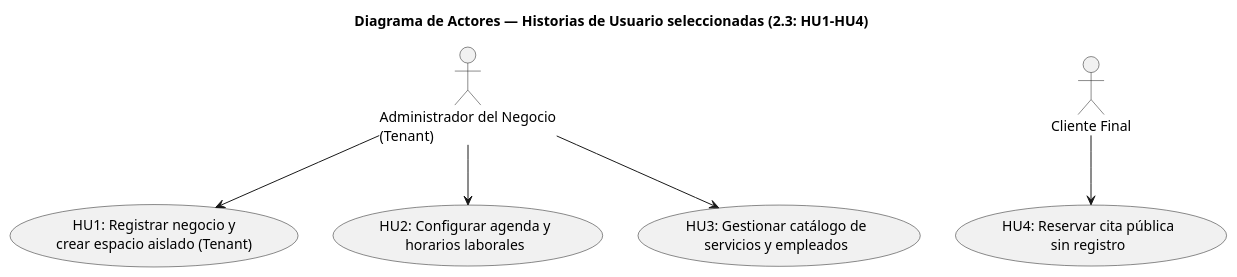
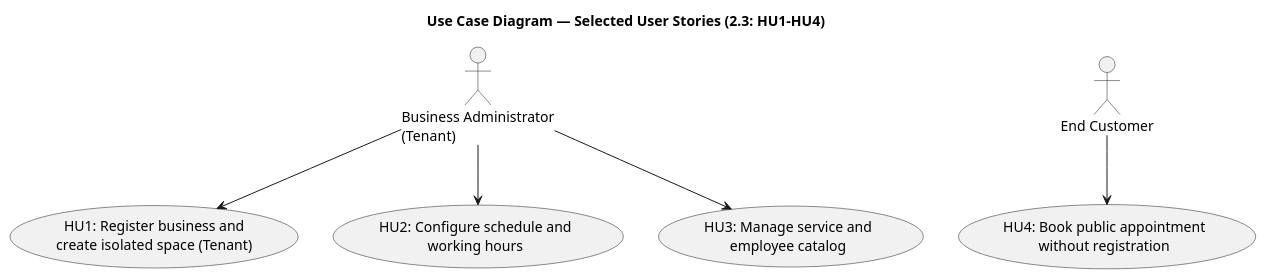
One commit to jose-korvusinc/finalproject-lidr-i4devs changed the diagram in system_architecture/user_stories_view/usecases_diagrams.puml. Above: the diagram before and after it, drawn with PlantUML. The commit also changed 25 other files, not shown here.

Commit message:
Translate names and add analysis class diagram

```diff
--- a/system_architecture/user_stories_view/usecases_diagrams.puml
+++ b/system_architecture/user_stories_view/usecases_diagrams.puml
@@ -1,20 +1,20 @@
 @startuml
-title Diagrama de Actores — Historias de Usuario seleccionadas (2.3: HU1–HU4)
+title Use Case Diagram — Selected User Stories (2.3: HU1–HU4)
 
-actor "Administrador del Negocio\n(Tenant)" as admin
-actor "Cliente Final" as cliente
+actor "Business Administrator\n(Tenant)" as admin
+actor "End Customer" as customer
 
-usecase "HU1: Registrar negocio y\ncrear espacio aislado (Tenant)" as UC1
-usecase "HU2: Configurar agenda y\nhorarios laborales" as UC2
-usecase "HU3: Gestionar catálogo de\nservicios y empleados" as UC3
-usecase "HU4: Reservar cita pública\nsin registro" as UC4
+usecase "HU1: Register business and\ncreate isolated space (Tenant)" as UC1
+usecase "HU2: Configure schedule and\nworking hours" as UC2
+usecase "HU3: Manage service and\nemployee catalog" as UC3
+usecase "HU4: Book public appointment\nwithout registration" as UC4
 
-' --- Actor primario: Administrador del Negocio (HU1, HU2, HU3) ---
+' --- Primary actor: Business Administrator (HU1, HU2, HU3) ---
 admin --> UC1
 admin --> UC2
 admin --> UC3
 
-' --- Actor primario: Cliente Final (HU4) ---
-cliente --> UC4
+' --- Primary actor: End Customer (HU4) ---
+customer --> UC4
 
 @enduml
```
